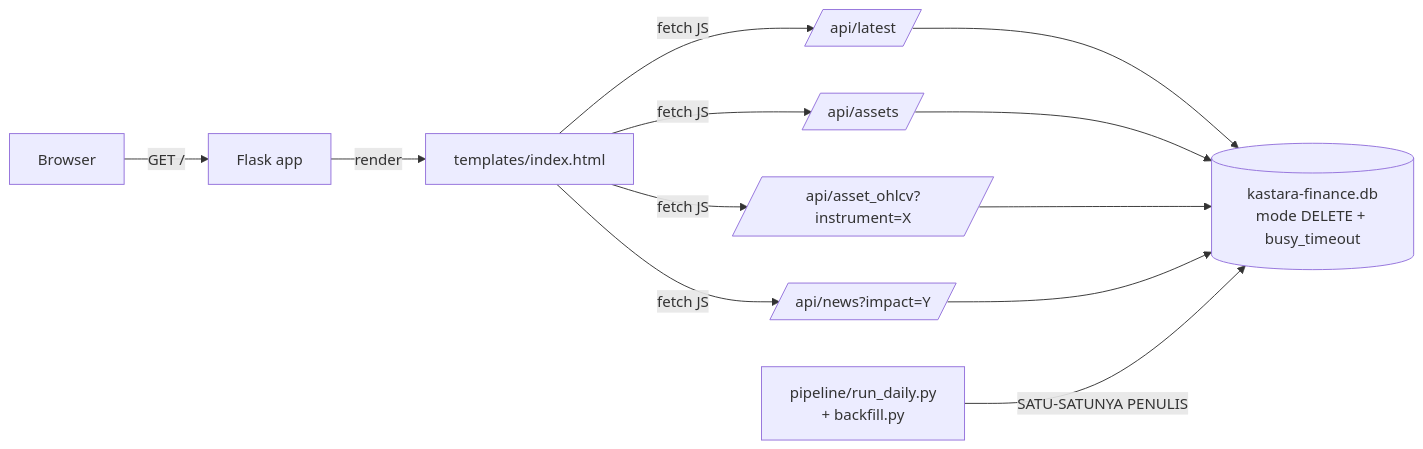
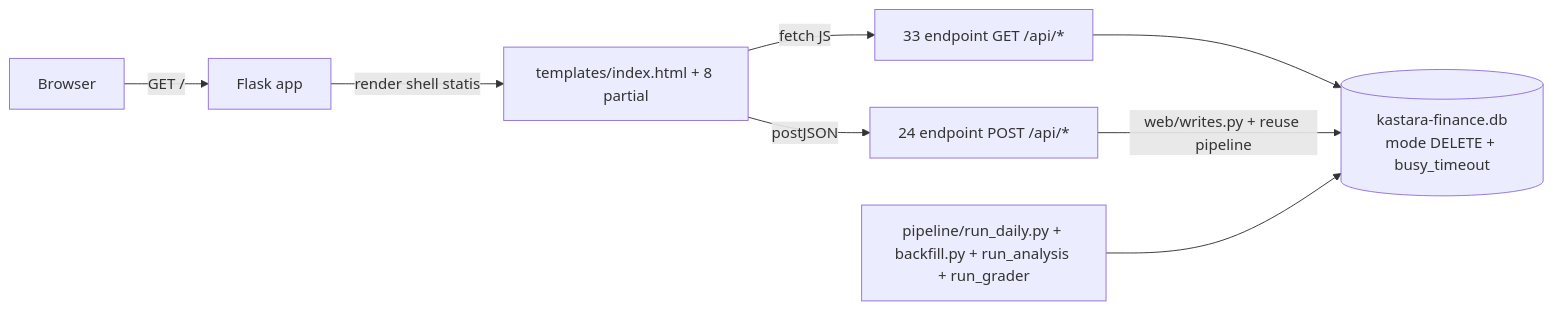
Before and after one commit to pworld/kastara-finance: the third of 4 diagrams in docs/FLOW.md, drawn with Mermaid. The commit also changed other lines of this file and 3 other files, not shown here.

````diff
--- a/docs/FLOW.md
+++ b/docs/FLOW.md
@@ -112,16 +118,12 @@
 ```mermaid
 flowchart LR
     Browser -->|GET /| Flask[Flask app]
-    Flask -->|render| HTML[templates/index.html]
-    HTML -->|fetch JS| API1[/api/latest/]
-    HTML -->|fetch JS| API2[/api/assets/]
-    HTML -->|fetch JS| API3[/api/asset_ohlcv?instrument=X/]
-    HTML -->|fetch JS| API4[/api/news?impact=Y/]
+    Flask -->|render shell statis| HTML[templates/index.html + 8 partial]
+    HTML -->|fetch JS| GET[33 endpoint GET /api/*]
+    HTML -->|postJSON| POST[24 endpoint POST /api/*]
 
-    API1 --> DB[(kastara-finance.db\nmode DELETE + busy_timeout)]
-    API2 --> DB
-    API3 --> DB
-    API4 --> DB
+    GET --> DB[(kastara-finance.db\nmode DELETE + busy_timeout)]
+    POST -->|web/writes.py + reuse pipeline| DB
 
-    Pipeline[pipeline/run_daily.py\n+ backfill.py] -->|SATU-SATUNYA PENULIS| DB
+    Pipeline[pipeline/run_daily.py + backfill.py + run_analysis + run_grader] --> DB
 ```
````
